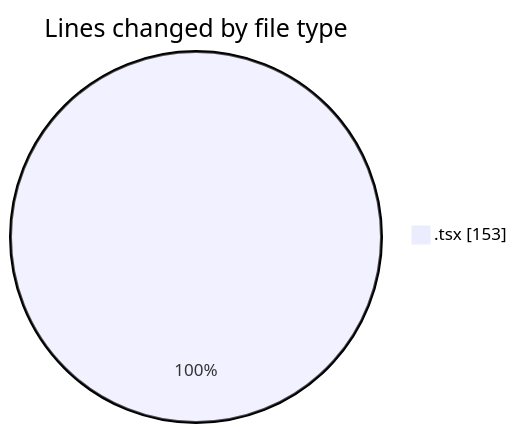
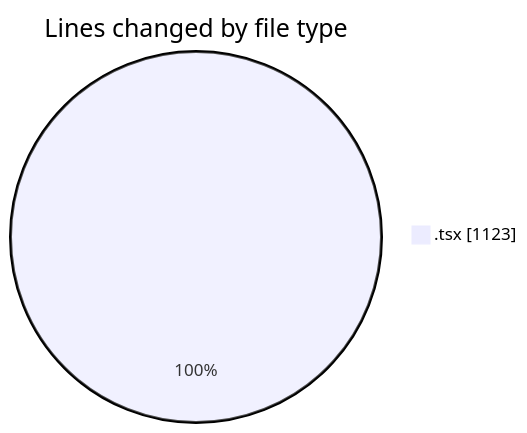
The first of 2 diagrams in 2025-06-20/archive/README.md (JenPaints/code-tracking), drawn with Mermaid before and after one commit. The commit also changed other lines of this file and 1 other file, not shown here.

````diff
--- a/2025-06-20/archive/README.md
+++ b/2025-06-20/archive/README.md
@@ -20,5 +23,5 @@
 ```mermaid
 pie showData
 title Lines changed by file type
-".tsx" : 153
+".tsx" : 1123
 ```
````
